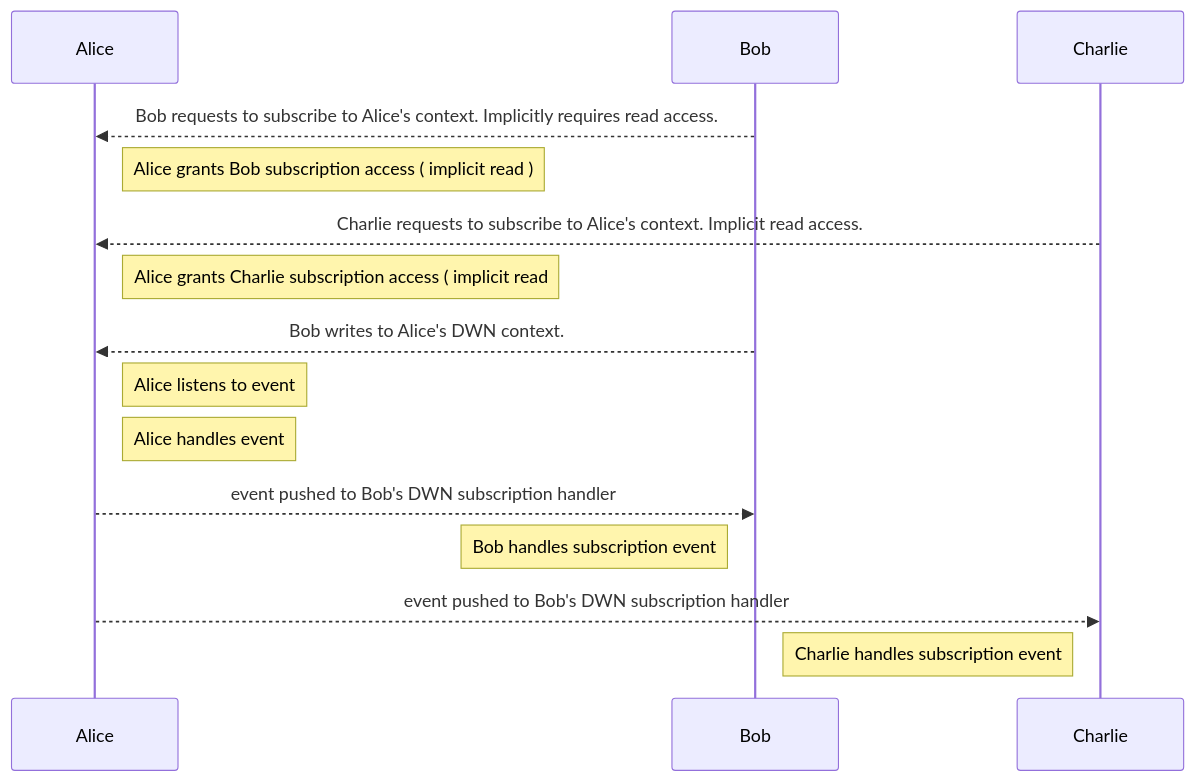
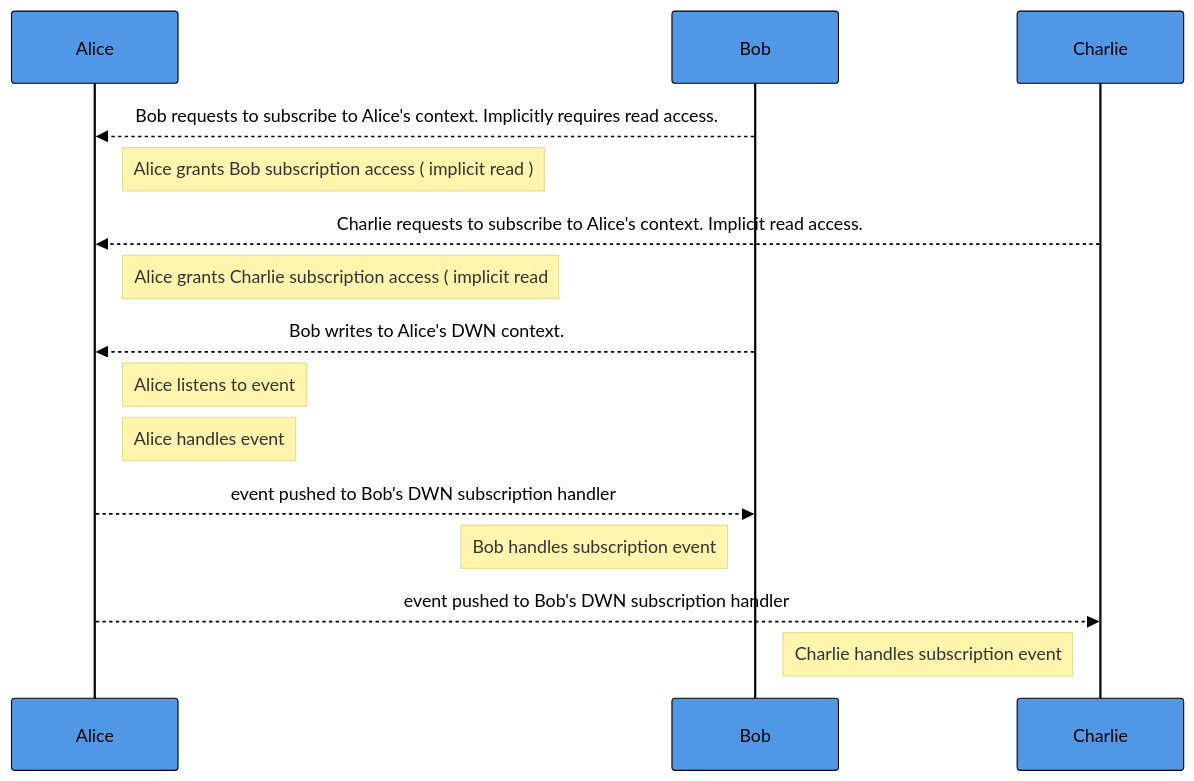
The third of 11 diagrams in tp019/README.md (TBD54566975/technical-proposals), drawn with Mermaid before and after one commit. The commit also changed other lines of this file, not shown here.

````diff
--- a/tp019/README.md
+++ b/tp019/README.md
@@ -119,21 +139,35 @@
 ``` mermaid
+%%{
+  init: {
+    'theme': 'base',
+    'themeVariables': {
+      'primaryColor': '#5097E6',
+      'background': '#fff',
+      'primaryTextColor': 'black',
+      'primaryBorderColor': 'black',
+      'lineColor': 'black',
+      'secondaryColor': 'white',
+      'tertiaryColor': '#fff'
+    }
+  }
+}%%
 sequenceDiagram
   participant Alice
   participant Bob
   participant Charlie
 
    Bob -->> Alice : Bob requests to subscribe to Alice's context. Implicitly requires read access.
    note right of Alice: Alice grants Bob subscription access ( implicit read )
 
    Charlie -->> Alice : Charlie requests to subscribe to Alice's context. Implicit read access.
     note right of Alice: Alice grants Charlie subscription access ( implicit read 
     
   Bob -->> Alice : Bob writes to Alice's DWN context.
   note right of Alice : Alice listens to event
   note right of Alice: Alice handles event
  
   Alice -->> Bob : event pushed to Bob's DWN subscription handler
   note left of Bob: Bob handles subscription event
   Alice -->> Charlie : event pushed to Bob's DWN subscription handler
   note left of Charlie: Charlie handles subscription event
 ```
````
